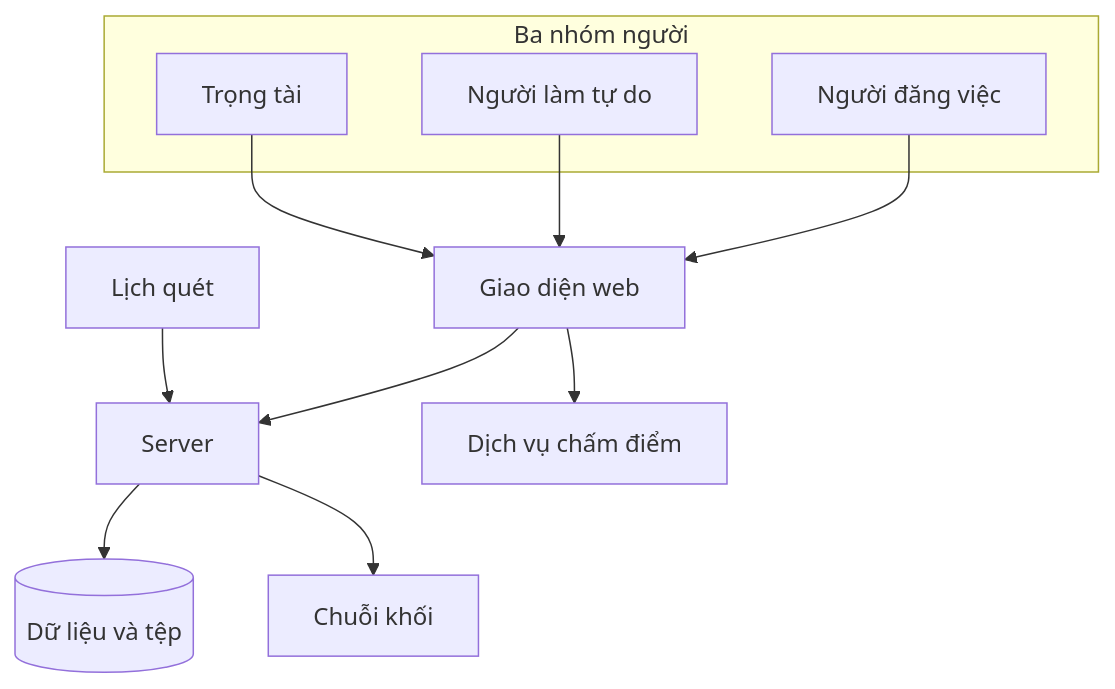
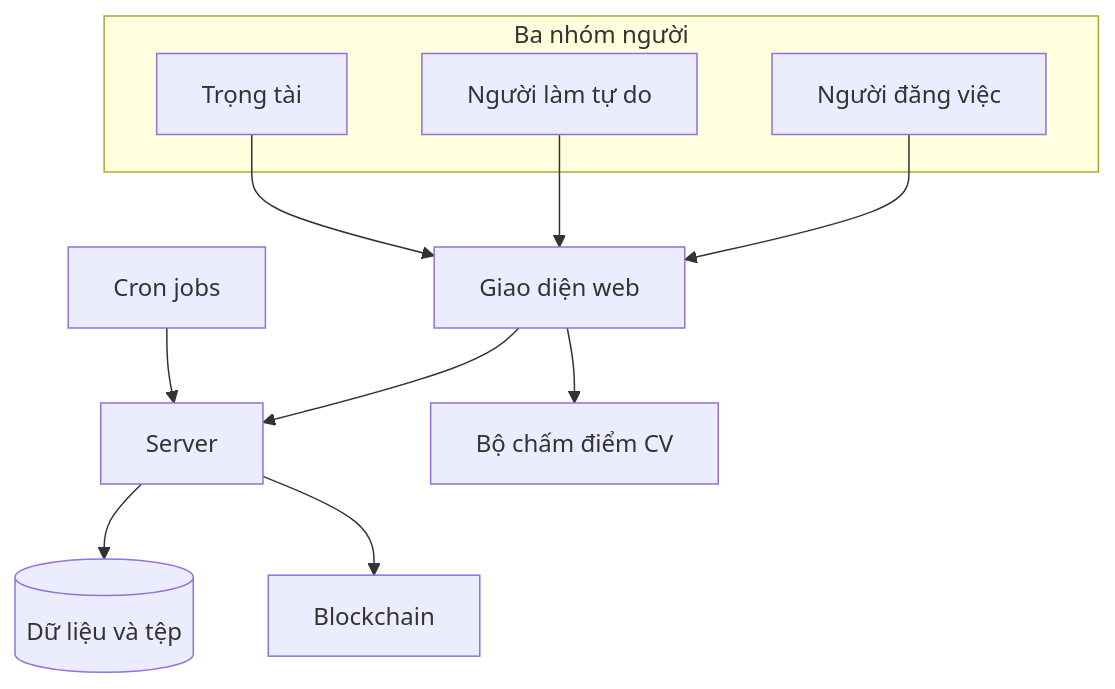
Before and after one commit to dmt041104111003/docs-nckh: the second of 3 diagrams in flow-tổng-quan.md, drawn with Mermaid. The commit also changed other lines of this file and 9 other files, not shown here.

````diff
--- a/flow-tổng-quan.md
+++ b/flow-tổng-quan.md
@@ -58,22 +58,22 @@
 ```mermaid
 flowchart TB
   subgraph nguoi[Ba nhóm người]
     P[Người đăng việc]
     F[Người làm tự do]
     A[Trọng tài]
   end
   Web[Giao diện web]
   May[Server]
-  Cham[Dịch vụ chấm điểm]
+  Cham[Bộ chấm điểm CV]
   DB[(Dữ liệu và tệp)]
-  Chain[Chuỗi khối]
-  Hen[Lịch quét]
+  Chain[Blockchain]
+  Cron[Cron jobs]
   P --> Web
   F --> Web
   A --> Web
   Web --> May
   Web --> Cham
   May --> DB
   May --> Chain
-  Hen --> May
+  Cron --> May
 ```
````
